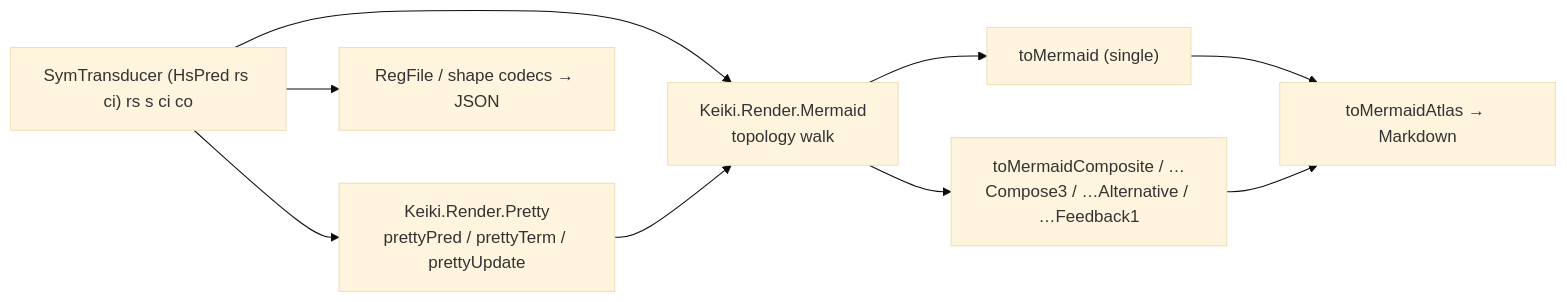
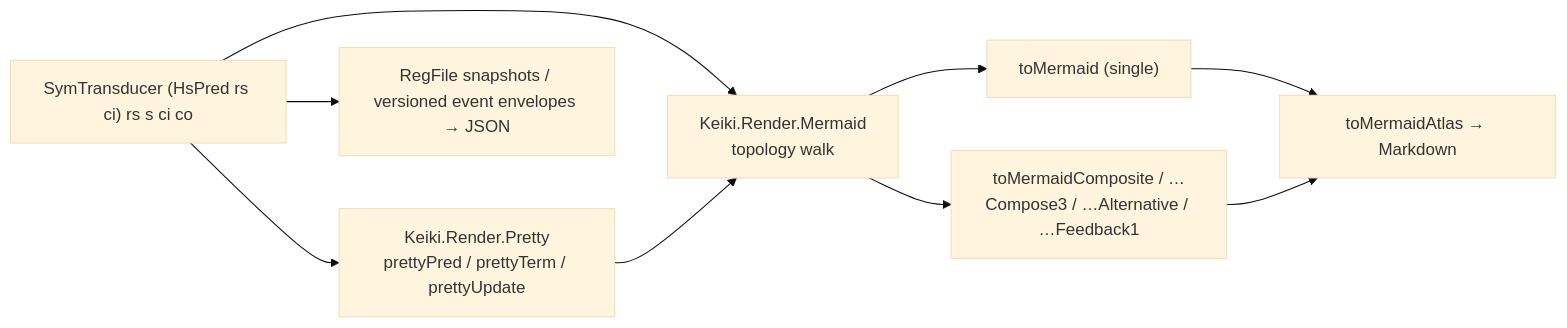
The diagram in content/docs/keiki/walkthrough/rendering-and-codecs/00-start-here.mdx (shinzui/keiro-runtime-docs), drawn with Mermaid (base theme) before and after one commit. The commit also changed other lines of this file and 17 other files, not shown here.

````diff
--- a/content/docs/keiki/walkthrough/rendering-and-codecs/00-start-here.mdx
+++ b/content/docs/keiki/walkthrough/rendering-and-codecs/00-start-here.mdx
@@ -24,11 +24,11 @@
 ```mermaid
 flowchart LR
   T["SymTransducer (HsPred rs ci) rs s ci co"] --> P["Keiki.Render.Pretty<br/>prettyPred / prettyTerm / prettyUpdate"]
   T --> M["Keiki.Render.Mermaid<br/>topology walk"]
   P --> M
   M --> Single["toMermaid (single)"]
   M --> Comp["toMermaidComposite / …Compose3 / …Alternative / …Feedback1"]
   Single --> Atlas["toMermaidAtlas → Markdown"]
   Comp --> Atlas
-  T --> Codec["RegFile / shape codecs → JSON"]
+  T --> Codec["RegFile snapshots / versioned event envelopes → JSON"]
 ```
````
